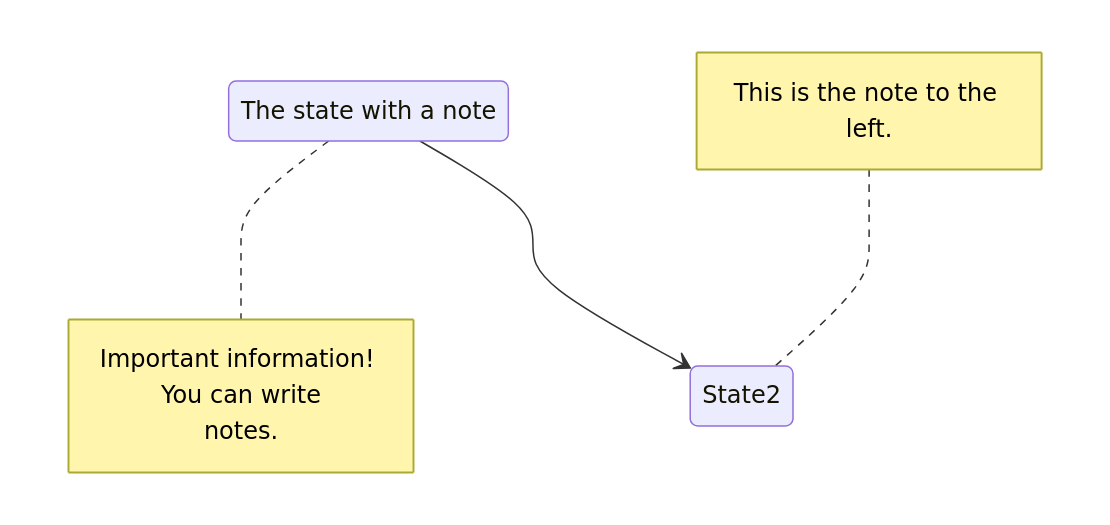
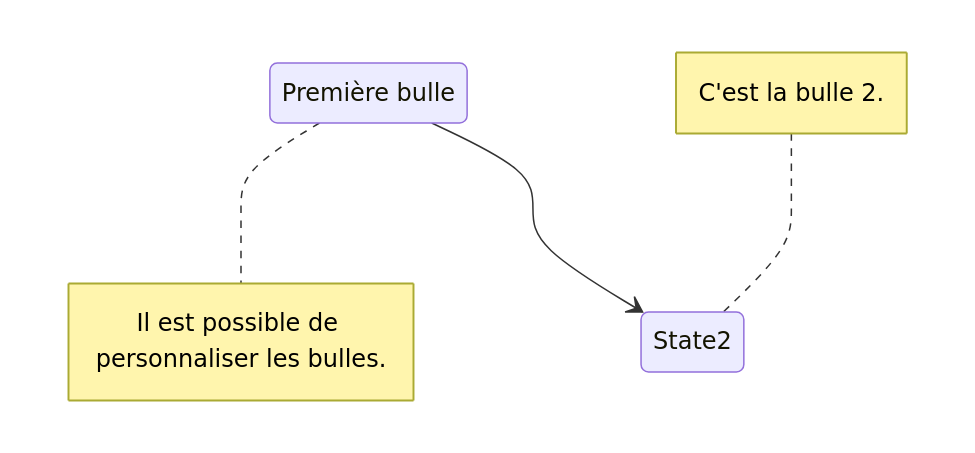
The diagram in content/posts/shortcodes/mermaid.md (marieperr/surfsup), drawn with Mermaid before and after one commit. The commit also changed other lines of this file and 234 other files, not shown here.

```diff
--- a/content/posts/shortcodes/mermaid.md
+++ b/content/posts/shortcodes/mermaid.md
@@ -43,10 +41,9 @@
 {{< mermaid >}}
 stateDiagram-v2
-    State1: The state with a note
+    State1: Première bulle
     note right of State1
-        Important information! You can write
-        notes.
+        Il est possible de personnaliser les bulles.
     end note
     State1 --> State2
-    note left of State2 : This is the note to the left.
+    note left of State2 : C'est la bulle 2.
 {{< /mermaid >}}
```
